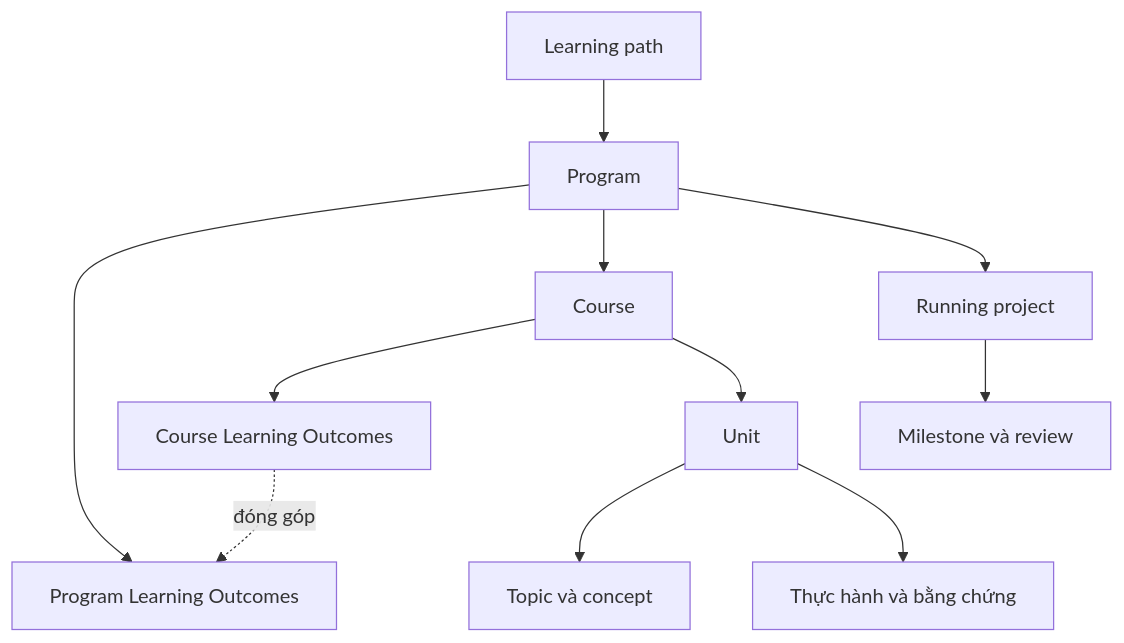
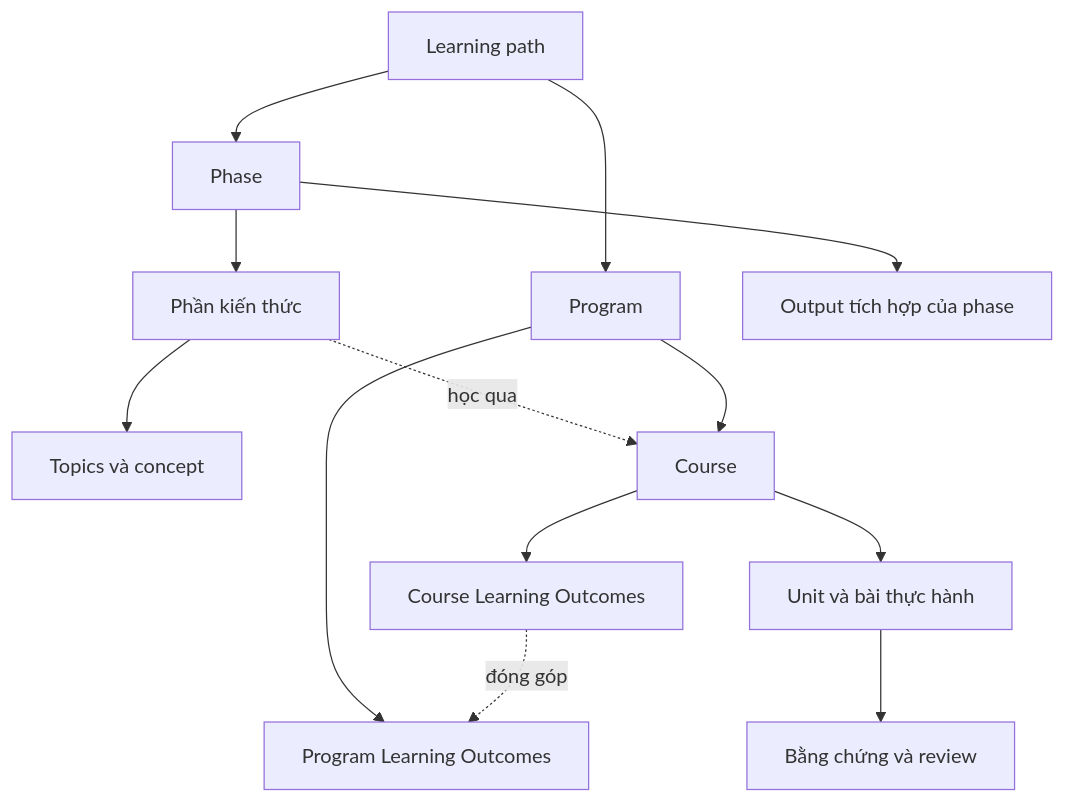
The diagram in docs/MINDMAP.md (dinhvanan307/learning_roadmap), drawn with Mermaid before and after one commit. The commit also changed other lines of this file and 26 other files, not shown here.

Commit message:
docs: detail knowledge areas within roadmap phases A-G

````diff
--- a/docs/MINDMAP.md
+++ b/docs/MINDMAP.md
@@ -7,13 +7,15 @@
 ```mermaid
 flowchart TD
-  LP[Learning path] --> PG[Program]
+  LP[Learning path] --> PH[Phase]
+  PH --> K[Phần kiến thức]
+  K --> T[Topics và concept]
+  K -. học qua .-> C[Course]
+  LP --> PG[Program]
   PG --> PLO[Program Learning Outcomes]
-  PG --> C[Course]
+  PG --> C
   C --> CLO[Course Learning Outcomes]
   CLO -. đóng góp .-> PLO
-  C --> U[Unit]
-  U --> T[Topic và concept]
-  U --> E[Thực hành và bằng chứng]
-  PG --> RP[Running project]
-  RP --> M[Milestone và review]
+  C --> U[Unit và bài thực hành]
+  U --> E[Bằng chứng và review]
+  PH --> M[Output tích hợp của phase]
 ```
````
